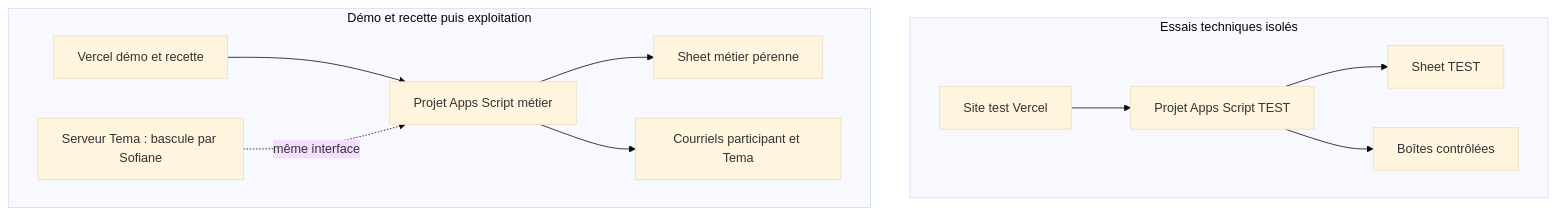
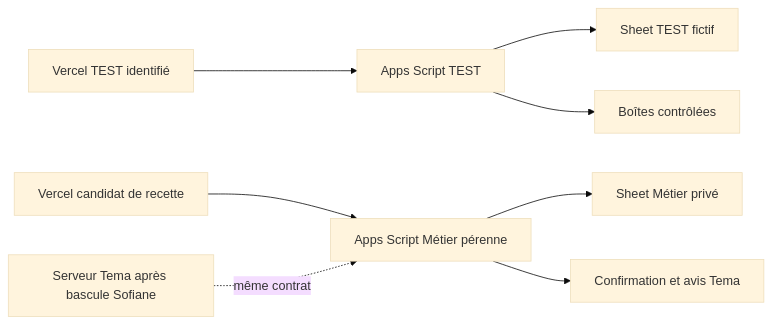
One commit to blackboxdev0/tema-academie changed the second of 2 diagrams in _bmad-output/planning-artifacts/architecture/architecture-tema-academie-2026-10-20/ARCHITECTURE-SPINE.md. Above: the diagram before and after it, drawn with Mermaid (base theme). The commit also changed other lines of this file and 27 other files, not shown here.

Commit message:
docs: consolidate Tema V1 architecture and validation gates

````diff
--- a/_bmad-output/planning-artifacts/architecture/architecture-tema-academie-2026-10-20/ARCHITECTURE-SPINE.md
+++ b/_bmad-output/planning-artifacts/architecture/architecture-tema-academie-2026-10-20/ARCHITECTURE-SPINE.md
@@ -167,14 +160,10 @@
 ```mermaid
-flowchart TB
-  subgraph Essai[Essais techniques isolés]
-    WT[Site test Vercel] --> GT[Projet Apps Script TEST]
-    GT --> ST[Sheet TEST]
-    GT --> MT[Boîtes contrôlées]
-  end
-  subgraph Metier[Démo et recette puis exploitation]
-    WV[Vercel démo et recette] --> GM[Projet Apps Script métier]
-    WF[Serveur Tema : bascule par Sofiane] -.même interface.-> GM
-    GM --> SM[Sheet métier pérenne]
-    GM --> MM[Courriels participant et Tema]
-  end
+flowchart LR
+  WT[Vercel TEST identifié] --> GT[Apps Script TEST]
+  GT --> ST[Sheet TEST fictif]
+  GT --> MT[Boîtes contrôlées]
+  WM[Vercel candidat de recette] --> GM[Apps Script Métier pérenne]
+  WF[Serveur Tema après bascule Sofiane] -.même contrat.-> GM
+  GM --> SM[Sheet Métier privé]
+  GM --> MM[Confirmation et avis Tema]
 ```
````
